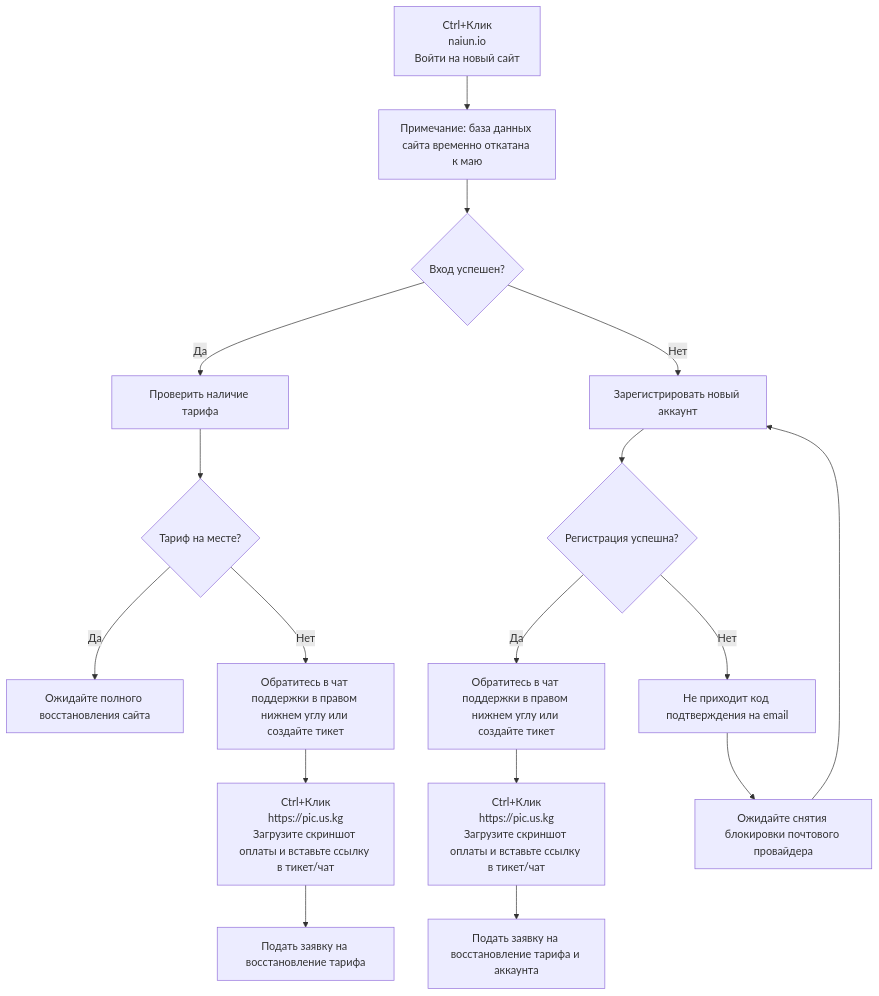
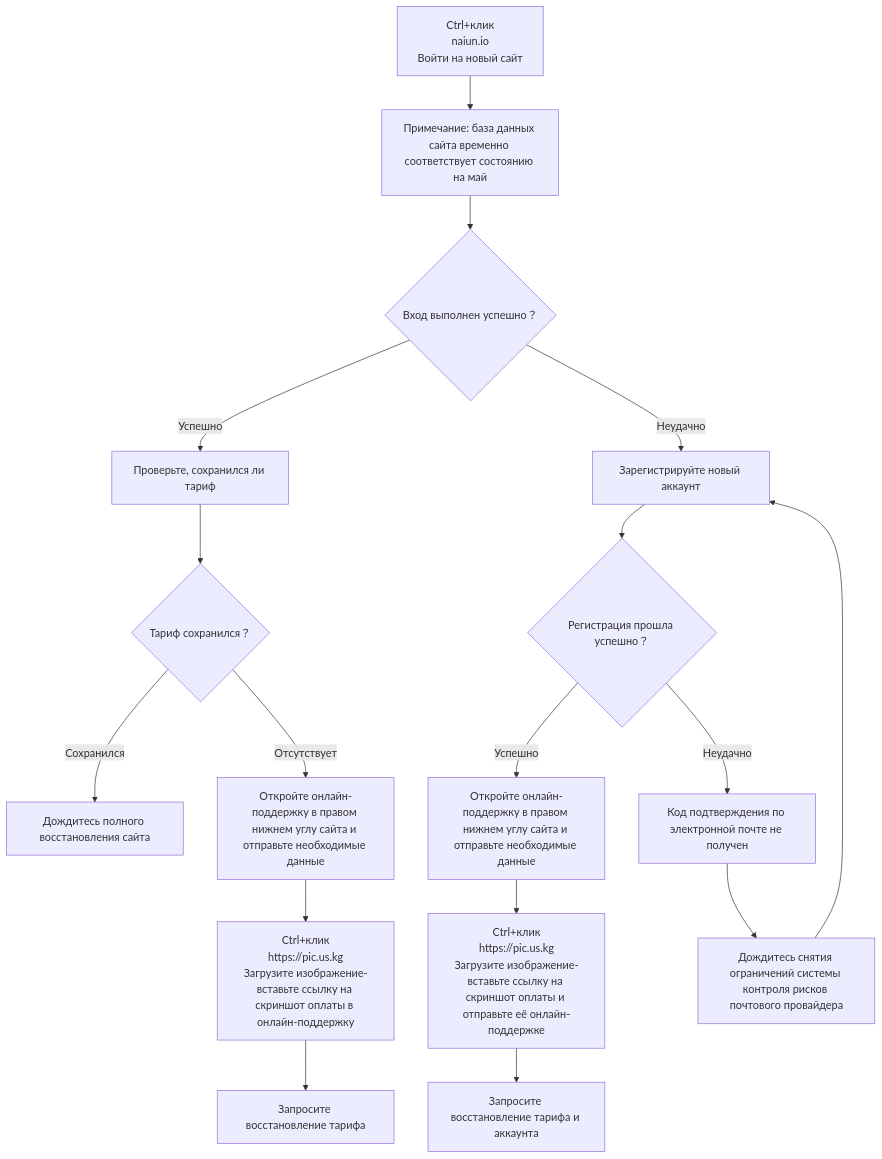
The diagram in README_RU.md (jdnei/naiyun), drawn with Mermaid before and after one commit. The commit also changed other lines of this file, not shown here.

````diff
--- a/README_RU.md
+++ b/README_RU.md
@@ -178,30 +216,29 @@
 ```mermaid
 flowchart TD
-    A["Ctrl+Клик<br/>naiun.io<br/>Войти на новый сайт"]
-    A --> C[Примечание: база данных сайта временно откатана к маю]
-    C --> D{Вход успешен?}
+    A["Ctrl+клик<br/>naiun.io<br/>Войти на новый сайт"]
+    A --> C[Примечание: база данных сайта временно соответствует состоянию на май]
+    C --> D{Вход выполнен успешно？}
 
-    D -->|Да| E[Проверить наличие тарифа]
-    E --> F{Тариф на месте?}
+    D -->|Успешно| E[Проверьте, сохранился ли тариф]
+    E --> F{Тариф сохранился？}
 
-    F -->|Да| G[Ожидайте полного восстановления сайта]
-    F -->|Нет| H[Обратитесь в чат поддержки в правом нижнем углу или создайте тикет]
-    H --> I["Ctrl+Клик<br/>https://pic.us.kg<br/>Загрузите скриншот оплаты и вставьте ссылку в тикет/чат"]
-    I --> J[Подать заявку на восстановление тарифа]
+    F -->|Сохранился| G[Дождитесь полного восстановления сайта]
+    F -->|Отсутствует| H[Откройте онлайн-поддержку в правом нижнем углу сайта и отправьте необходимые данные]
+    H --> I["Ctrl+клик<br/>https://pic.us.kg<br/>Загрузите изображение-вставьте ссылку на скриншот оплаты в онлайн-поддержку"]
+    I --> J[Запросите восстановление тарифа]
 
-    D -->|Нет| K[Зарегистрировать новый аккаунт]
-    K --> L{Регистрация успешна?}
+    D -->|Неудачно| K[Зарегистрируйте новый аккаунт]
+    K --> L{Регистрация прошла успешно？}
 
-    L -->|Да| M[Обратитесь в чат поддержки в правом нижнем углу или создайте тикет]
-    M --> N["Ctrl+Клик<br/>https://pic.us.kg<br/>Загрузите скриншот оплаты и вставьте ссылку в тикет/чат"]
-    N --> O[Подать заявку на восстановление тарифа и аккаунта]
+    L -->|Успешно| M[Откройте онлайн-поддержку в правом нижнем углу сайта и отправьте необходимые данные]
+    M --> N["Ctrl+клик<br/>https://pic.us.kg<br/>Загрузите изображение-вставьте ссылку на скриншот оплаты и отправьте её онлайн-поддержке"]
+    N --> O[Запросите восстановление тарифа и аккаунта]
 
-    L -->|Нет| P[Не приходит код подтверждения на email]
-    P --> Q[Ожидайте снятия блокировки почтового провайдера]
+    L -->|Неудачно| P[Код подтверждения по электронной почте не получен]
+    P --> Q[Дождитесь снятия ограничений системы контроля рисков почтового провайдера]
     Q --> K
 
     click A "https://naiun.io/#/register?code=KacwlzHN" "Открыть naiun.io" _blank
     click I "https://pic.us.kg" "Открыть pic.us.kg" _blank
     click N "https://pic.us.kg" "Открыть pic.us.kg" _blank
-
 ```
````
